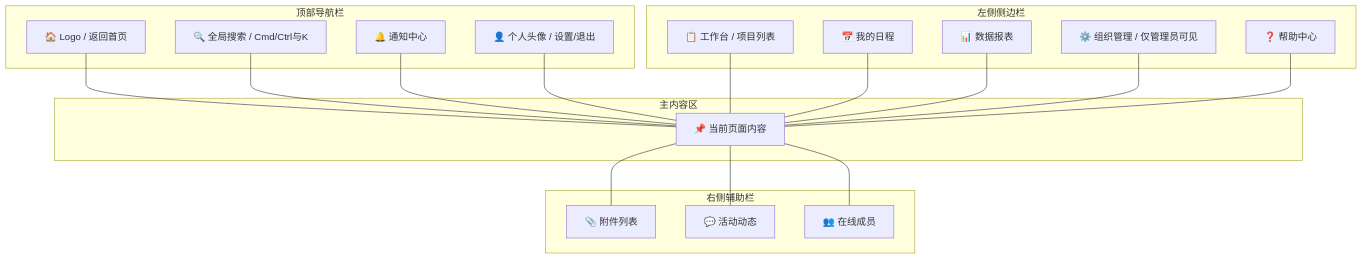
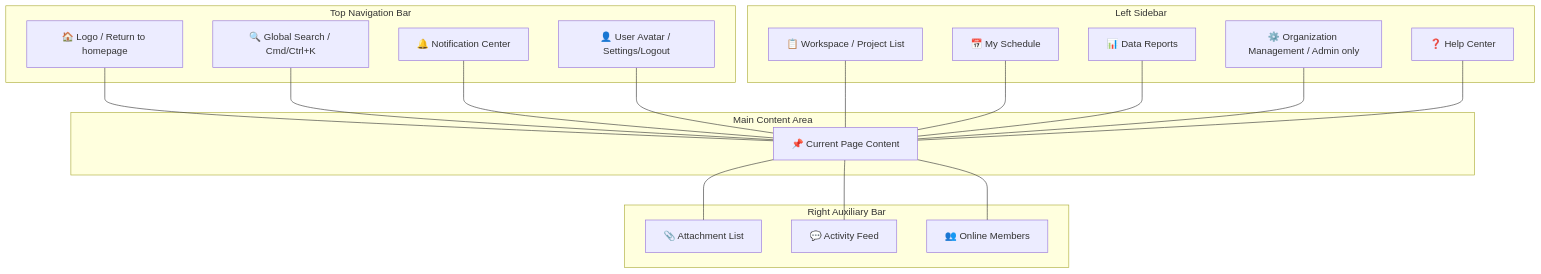
One commit to Kirky-X/cangjie changed the fourth of 7 diagrams in templates/产品/运营层/【模板】用户手册.md. Above: the diagram before and after it, drawn with Mermaid. The commit also changed other lines of this file and 60 other files, not shown here.

````diff
--- a/templates/产品/运营层/【模板】用户手册.md
+++ b/templates/产品/运营层/【模板】用户手册.md
@@ -199,31 +199,31 @@
 ```mermaid
 graph TB
-    subgraph 顶部导航栏
-        T1[🏠 Logo / 返回首页]
-        T2[🔍 全局搜索 / Cmd/Ctrl与K]
-        T3[🔔 通知中心]
-        T4[👤 个人头像 / 设置/退出]
+    subgraph Top Navigation Bar
+        T1[🏠 Logo / Return to homepage]
+        T2[🔍 Global Search / Cmd/Ctrl+K]
+        T3[🔔 Notification Center]
+        T4[👤 User Avatar / Settings/Logout]
     end
 
-    subgraph 左侧侧边栏
-        S1[📋 工作台 / 项目列表]
-        S2[📅 我的日程]
-        S3[📊 数据报表]
-        S4[⚙️ 组织管理 / 仅管理员可见]
-        S5[❓ 帮助中心]
+    subgraph Left Sidebar
+        S1[📋 Workspace / Project List]
+        S2[📅 My Schedule]
+        S3[📊 Data Reports]
+        S4[⚙️ Organization Management / Admin only]
+        S5[❓ Help Center]
     end
 
-    subgraph 主内容区
-        M1[📌 当前页面内容]
+    subgraph Main Content Area
+        M1[📌 Current Page Content]
     end
 
-    subgraph 右侧辅助栏
-        R1[📎 附件列表]
-        R2[💬 活动动态]
-        R3[👥 在线成员]
+    subgraph Right Auxiliary Bar
+        R1[📎 Attachment List]
+        R2[💬 Activity Feed]
+        R3[👥 Online Members]
     end
 
     T1 & T2 & T3 & T4 --- M1
     S1 & S2 & S3 & S4 & S5 --- M1
     M1 --- R1 & R2 & R3
 ```
````
